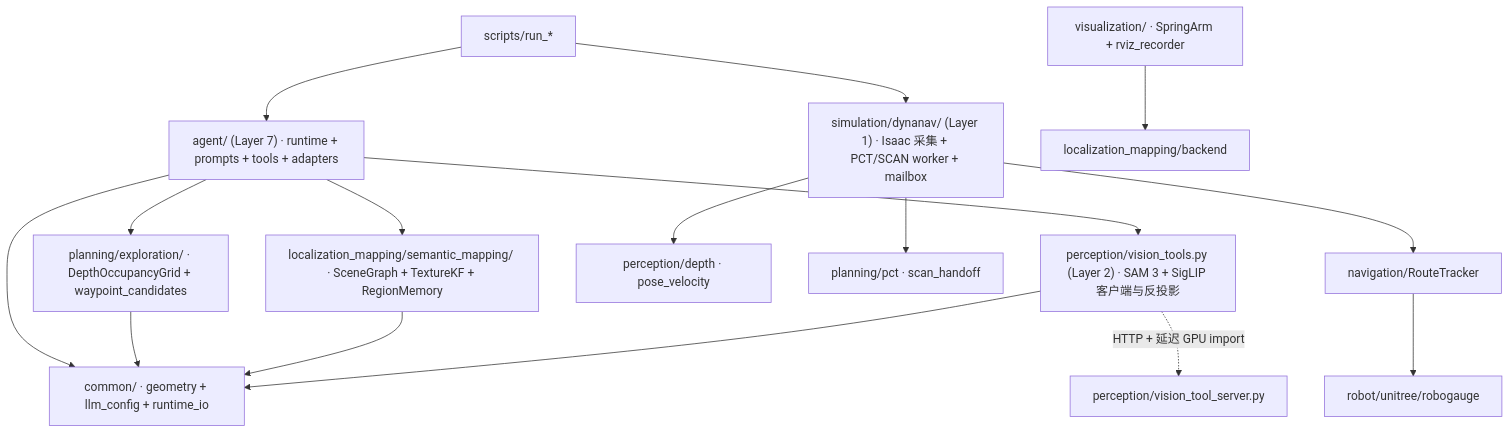
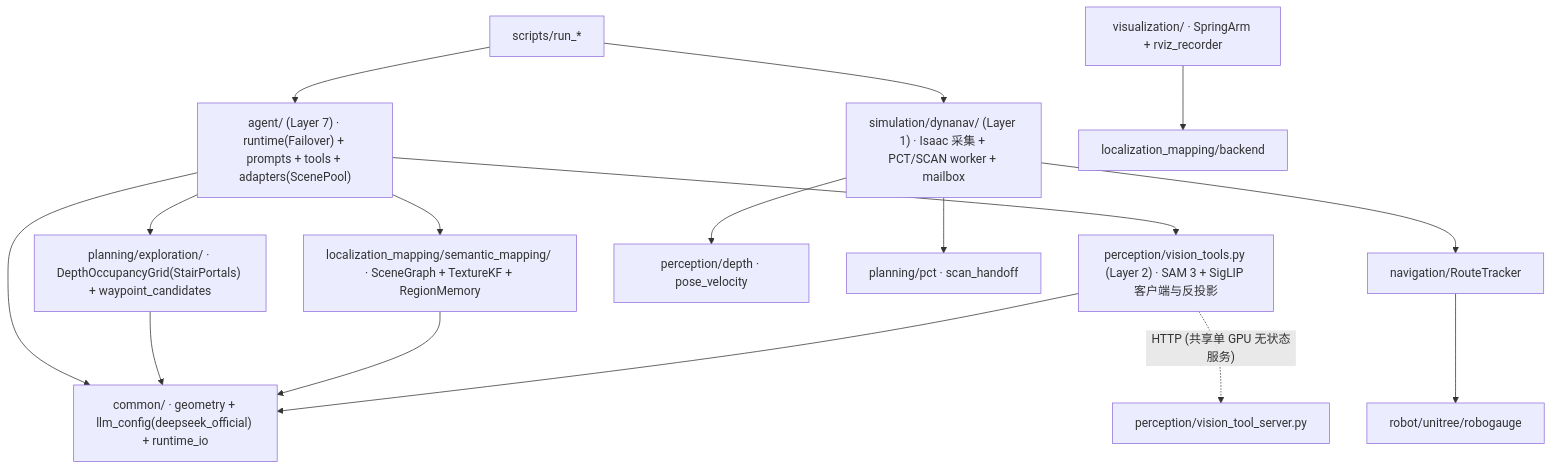
One commit to hk865/embodied-navigation changed the diagram in src/embodied_navigation/README.md. Above: the diagram before and after it, drawn with Mermaid. The commit also changed other lines of this file and 16 other files, not shown here.

First line of the commit message:
feat(agent): add 3-state LLM failover circuit and shared-scene Habitat concurrency

````diff
--- a/src/embodied_navigation/README.md
+++ b/src/embodied_navigation/README.md
@@ -17,18 +17,18 @@
 ```mermaid
 flowchart TD
-  CLI["scripts/run_*"] --> AG["agent/ (Layer 7) · runtime + prompts + tools + adapters"]
+  CLI["scripts/run_*"] --> AG["agent/ (Layer 7) · runtime(Failover) + prompts + tools + adapters(ScenePool)"]
   CLI --> SIM["simulation/dynanav/ (Layer 1) · Isaac 采集 + PCT/SCAN worker + mailbox"]
-  AG --> EXP["planning/exploration/ · DepthOccupancyGrid + waypoint_candidates"]
+  AG --> EXP["planning/exploration/ · DepthOccupancyGrid(StairPortals) + waypoint_candidates"]
   AG --> MEM["localization_mapping/semantic_mapping/ · SceneGraph + TextureKF + RegionMemory"]
   AG --> VT["perception/vision_tools.py (Layer 2) · SAM 3 + SigLIP 客户端与反投影"]
-  VT -. "HTTP + 延迟 GPU import" .-> VSRV["perception/vision_tool_server.py"]
+  VT -. "HTTP (共享单 GPU 无状态服务)" .-> VSRV["perception/vision_tool_server.py"]
   SIM --> PER["perception/depth · pose_velocity"]
   SIM --> PCT["planning/pct · scan_handoff"]
   SIM --> NAV["navigation/RouteTracker"]
   NAV --> ROB["robot/unitree/robogauge"]
   VIZ["visualization/ · SpringArm + rviz_recorder"] --> BE["localization_mapping/backend"]
-  AG --> COM["common/ · geometry + llm_config + runtime_io"]
+  AG --> COM["common/ · geometry + llm_config(deepseek_official) + runtime_io"]
   EXP --> COM
   MEM --> COM
   VT --> COM
 ```
````
